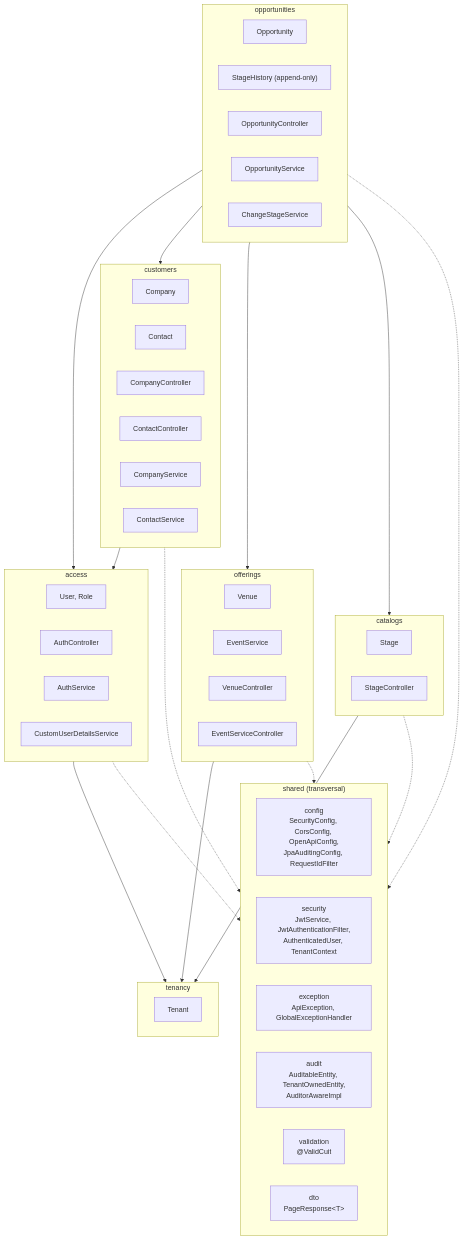
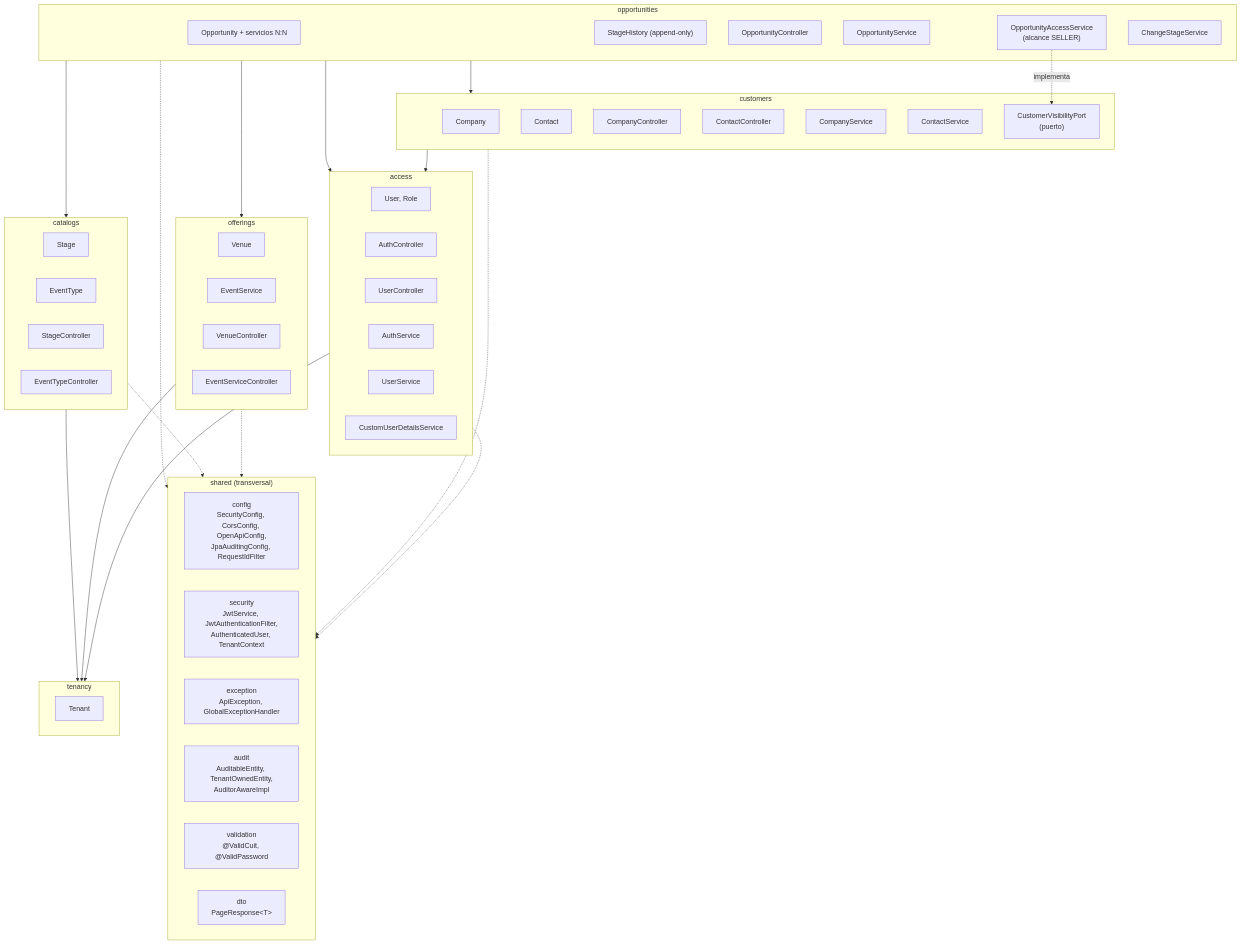
One commit to FranRuggi/UNLAM-GADS1 changed the diagram in backend/docs/diagrams/component-diagram.md. Above: the diagram before and after it, drawn with Mermaid. The commit also changed other lines of this file and 184 other files, not shown here.

````diff
--- a/backend/docs/diagrams/component-diagram.md
+++ b/backend/docs/diagrams/component-diagram.md
@@ -7,66 +7,73 @@
 ```mermaid
 flowchart TB
     subgraph shared["shared (transversal)"]
         config["config\nSecurityConfig, CorsConfig, OpenApiConfig,\nJpaAuditingConfig, RequestIdFilter"]
         security["security\nJwtService, JwtAuthenticationFilter,\nAuthenticatedUser, TenantContext"]
         exception["exception\nApiException, GlobalExceptionHandler"]
         audit["audit\nAuditableEntity, TenantOwnedEntity,\nAuditorAwareImpl"]
-        validation["validation\n@ValidCuit"]
+        validation["validation\n@ValidCuit, @ValidPassword"]
         dto["dto\nPageResponse&lt;T&gt;"]
     end
 
     subgraph tenancy["tenancy"]
         Tenant["Tenant"]
     end
 
     subgraph access["access"]
         User["User, Role"]
         AuthController["AuthController"]
+        UserController["UserController"]
         AuthService["AuthService"]
+        UserService["UserService"]
         CustomUserDetailsService["CustomUserDetailsService"]
     end
 
     subgraph customers["customers"]
         Company["Company"]
         Contact["Contact"]
         CompanyController["CompanyController"]
         ContactController["ContactController"]
         CompanyService["CompanyService"]
         ContactService["ContactService"]
+        CustomerVisibilityPort["CustomerVisibilityPort<br/>(puerto)"]
     end
 
     subgraph offerings["offerings"]
         Venue["Venue"]
         EventService["EventService"]
         VenueController["VenueController"]
         EventServiceController["EventServiceController"]
     end
 
     subgraph catalogs["catalogs"]
         Stage["Stage"]
+        EventType["EventType"]
         StageController["StageController"]
+        EventTypeController["EventTypeController"]
     end
 
     subgraph opportunities["opportunities"]
-        Opportunity["Opportunity"]
+        Opportunity["Opportunity + servicios N:N"]
         StageHistory["StageHistory (append-only)"]
         OpportunityController["OpportunityController"]
         OpportunityService["OpportunityService"]
+        OpportunityAccessService["OpportunityAccessService<br/>(alcance SELLER)"]
         ChangeStageService["ChangeStageService"]
     end
 
     access --> tenancy
     customers --> access
     offerings --> tenancy
     catalogs --> tenancy
     opportunities --> access
     opportunities --> customers
     opportunities --> offerings
     opportunities --> catalogs
+    OpportunityAccessService -. implementa .-> CustomerVisibilityPort
 
     access -.-> shared
     customers -.-> shared
     offerings -.-> shared
     catalogs -.-> shared
     opportunities -.-> shared
 ```
````
